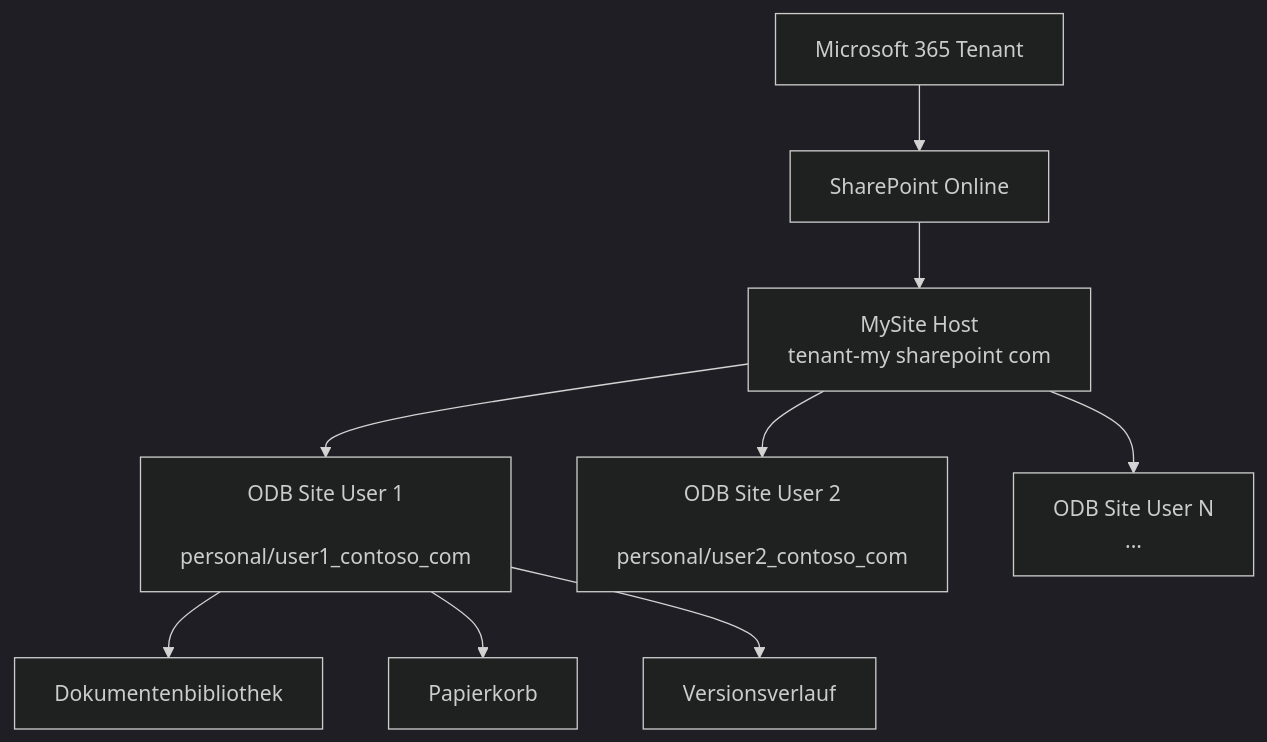
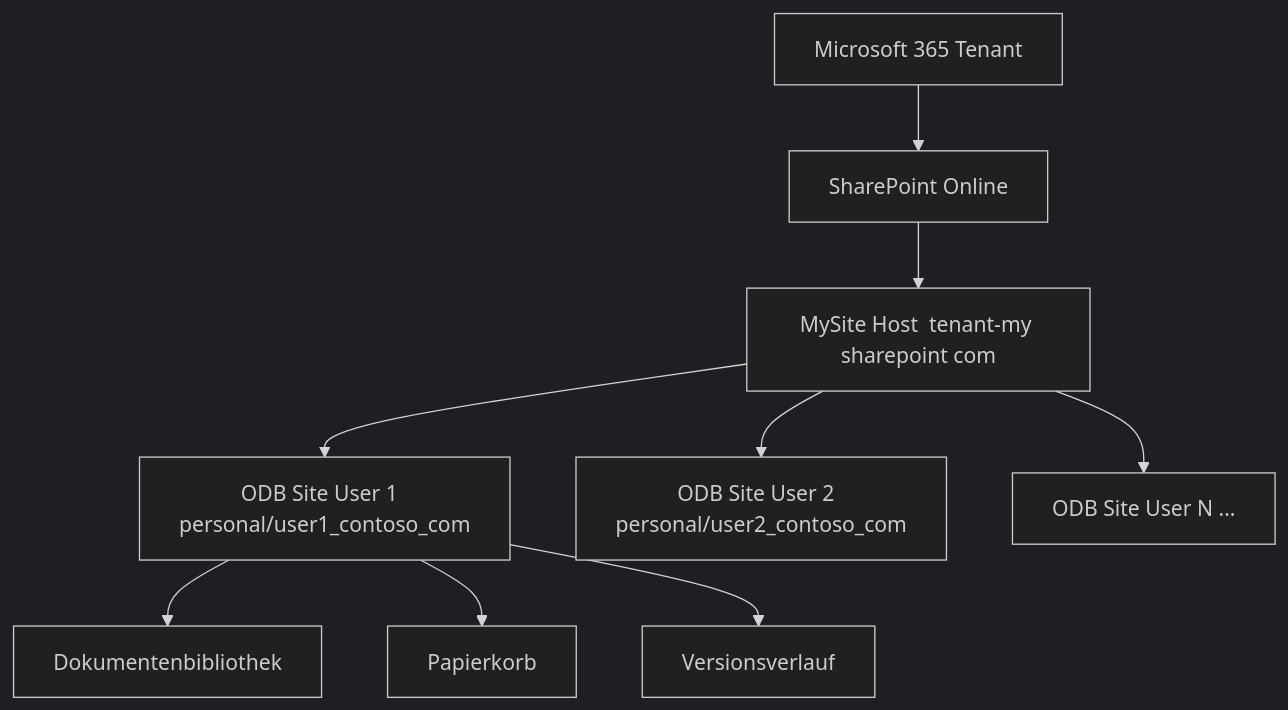
The first of 5 diagrams in Microsoft 365/SharePoint OneDrive/OneDrive for Business.md (SoniiiT/notes-n-docs), drawn with Mermaid (dark theme) before and after one commit. The commit also changed other lines of this file and 124 other files, not shown here.

First line of the commit message:
fix: Entferne \n aus allen Mermaid-Diagrammen (125 Dateien)

````diff
--- a/Microsoft 365/SharePoint OneDrive/OneDrive for Business.md
+++ b/Microsoft 365/SharePoint OneDrive/OneDrive for Business.md
@@ -49,11 +49,11 @@
 ```mermaid
 graph TD
     A[Microsoft 365 Tenant] --> B[SharePoint Online]
-    B --> C[MySite Host\n tenant-my sharepoint com]
-    C --> D[ODB Site User 1\n personal/user1_contoso_com]
-    C --> E[ODB Site User 2\n personal/user2_contoso_com]
-    C --> F[ODB Site User N\n ...]
+    B --> C[MySite Host  tenant-my sharepoint com]
+    C --> D[ODB Site User 1  personal/user1_contoso_com]
+    C --> E[ODB Site User 2  personal/user2_contoso_com]
+    C --> F[ODB Site User N  ...]
     D --> G[Dokumentenbibliothek]
     D --> H[Papierkorb]
     D --> I[Versionsverlauf]
 ```
````
